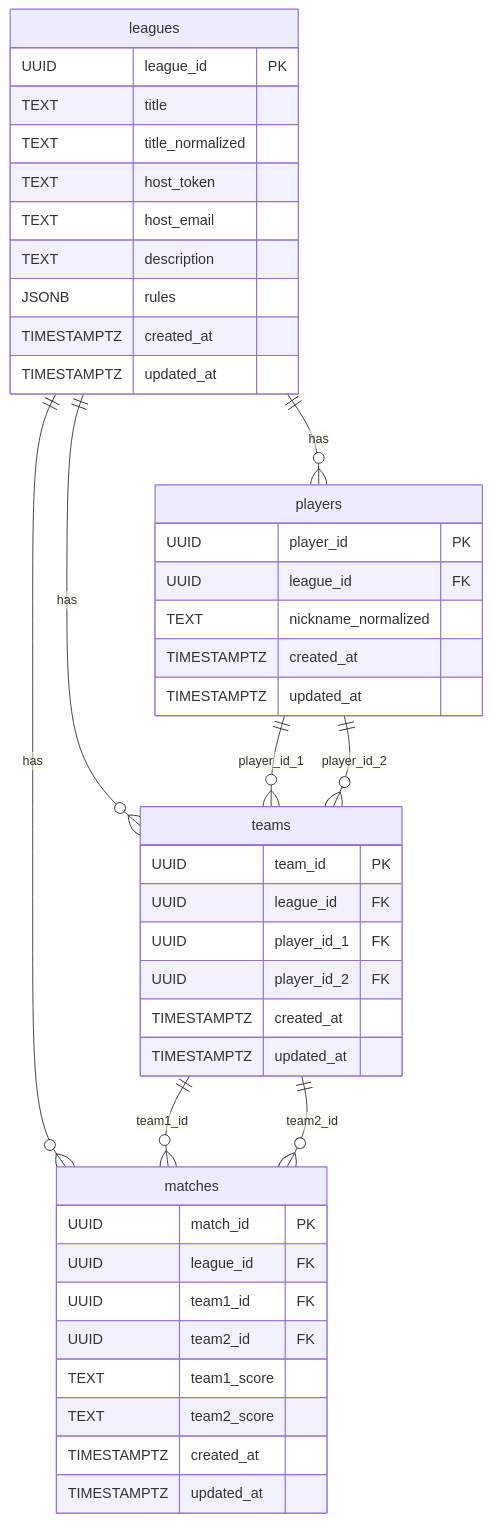
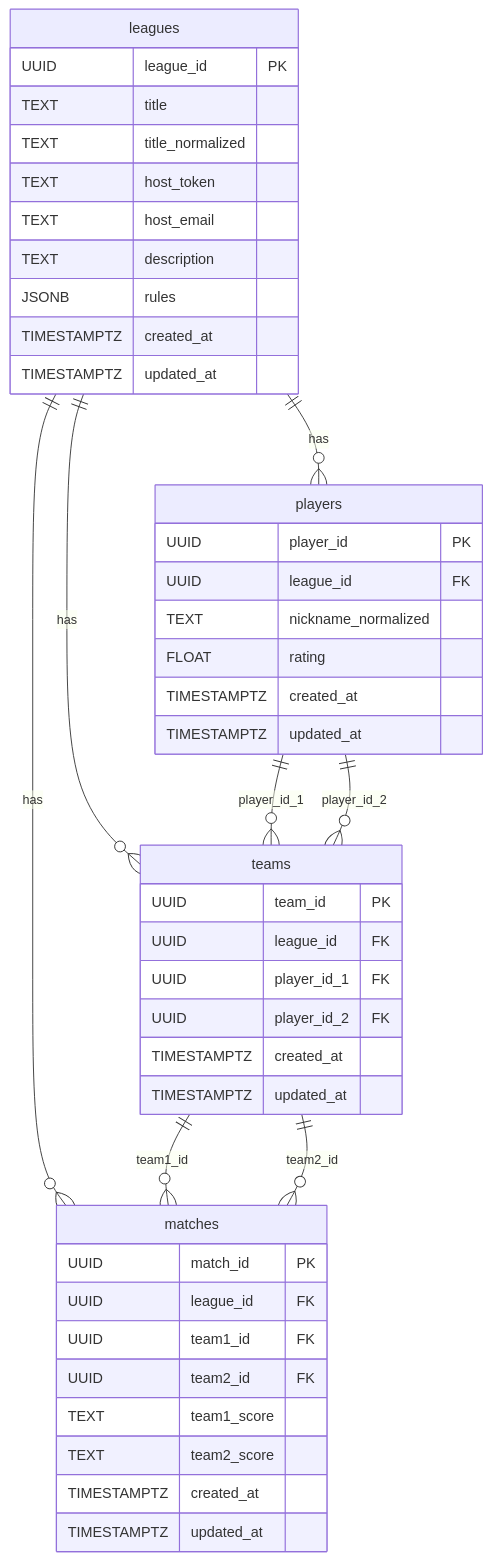
Before and after one commit to swjeong0825/TLMB_backend_main: the diagram in Design_Doc/TLMB_Design_doc/12_persistence_strategy.md, drawn with Mermaid. The commit also changed other lines of this file and 30 other files, not shown here.

````diff
--- a/Design_Doc/TLMB_Design_doc/12_persistence_strategy.md
+++ b/Design_Doc/TLMB_Design_doc/12_persistence_strategy.md
@@ -14,46 +14,47 @@
 ```mermaid
 erDiagram
     leagues {
         UUID league_id PK
         TEXT title
         TEXT title_normalized
         TEXT host_token
         TEXT host_email
         TEXT description
         JSONB rules
         TIMESTAMPTZ created_at
         TIMESTAMPTZ updated_at
     }
     players {
         UUID player_id PK
         UUID league_id FK
         TEXT nickname_normalized
+        FLOAT rating
         TIMESTAMPTZ created_at
         TIMESTAMPTZ updated_at
     }
     teams {
         UUID team_id PK
         UUID league_id FK
         UUID player_id_1 FK
         UUID player_id_2 FK
         TIMESTAMPTZ created_at
         TIMESTAMPTZ updated_at
     }
     matches {
         UUID match_id PK
         UUID league_id FK
         UUID team1_id FK
         UUID team2_id FK
         TEXT team1_score
         TEXT team2_score
         TIMESTAMPTZ created_at
         TIMESTAMPTZ updated_at
     }
     leagues ||--o{ players : "has"
     leagues ||--o{ teams : "has"
     leagues ||--o{ matches : "has"
     players ||--o{ teams : "player_id_1"
     players ||--o{ teams : "player_id_2"
     teams ||--o{ matches : "team1_id"
     teams ||--o{ matches : "team2_id"
 ```
````
